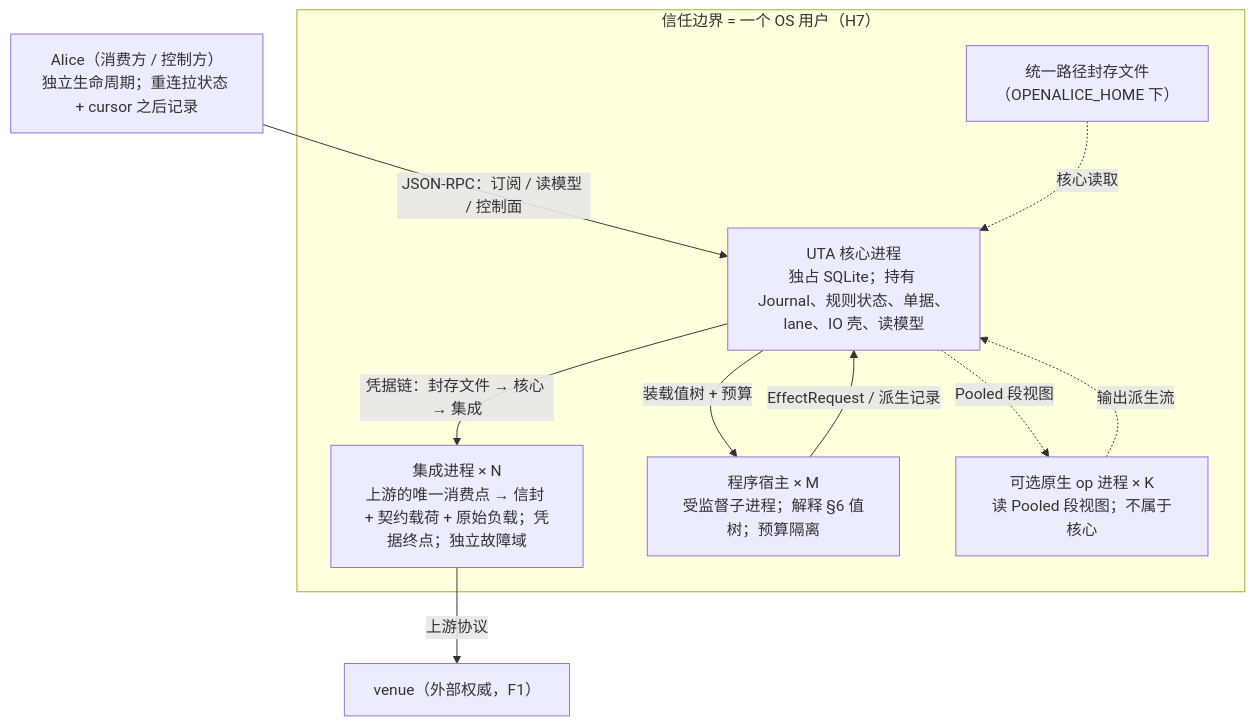
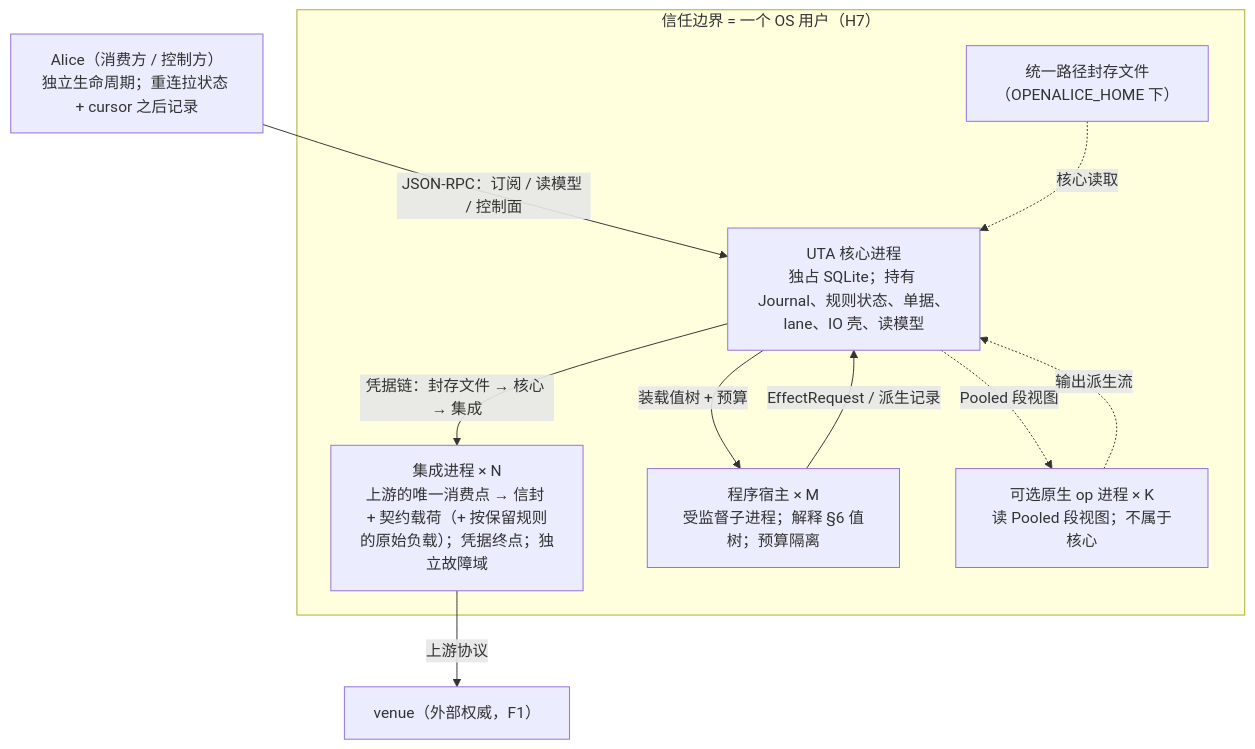
The first of 2 diagrams in design/core/07-processes-and-storage.md (mouriya-s-lab/uta), drawn with Mermaid before and after one commit. The commit also changed other lines of this file and 15 other files, not shown here.

````diff
--- a/design/core/07-processes-and-storage.md
+++ b/design/core/07-processes-and-storage.md
@@ -14,20 +14,20 @@
 ```mermaid
 flowchart TB
   subgraph OSUSER["信任边界 = 一个 OS 用户（H7）"]
     CORE["UTA 核心进程<br/>独占 SQLite；持有 Journal、规则状态、单据、lane、IO 壳、读模型"]
-    INT["集成进程 × N<br/>上游的唯一消费点 → 信封 + 契约载荷 + 原始负载；凭据终点；独立故障域"]
+    INT["集成进程 × N<br/>上游的唯一消费点 → 信封 + 契约载荷（+ 按保留规则的原始负载）；凭据终点；独立故障域"]
     HOST["程序宿主 × M<br/>受监督子进程；解释 §6 值树；预算隔离"]
     HPCOP["可选原生 op 进程 × K<br/>读 Pooled 段视图；不属于核心"]
     SEAL["统一路径封存文件<br/>（OPENALICE_HOME 下）"]
   end
   ALICE["Alice（消费方 / 控制方）<br/>独立生命周期；重连拉状态 + cursor 之后记录"]
   VENUE["venue（外部权威，F1）"]
   ALICE -->|JSON-RPC：订阅 / 读模型 / 控制面| CORE
   CORE -->|凭据链：封存文件 → 核心 → 集成| INT
   SEAL -.核心读取.-> CORE
   INT -->|上游协议| VENUE
   CORE -->|装载值树 + 预算| HOST
   HOST -->|EffectRequest / 派生记录| CORE
   CORE -.Pooled 段视图.-> HPCOP
   HPCOP -.输出派生流.-> CORE
 ```
````
